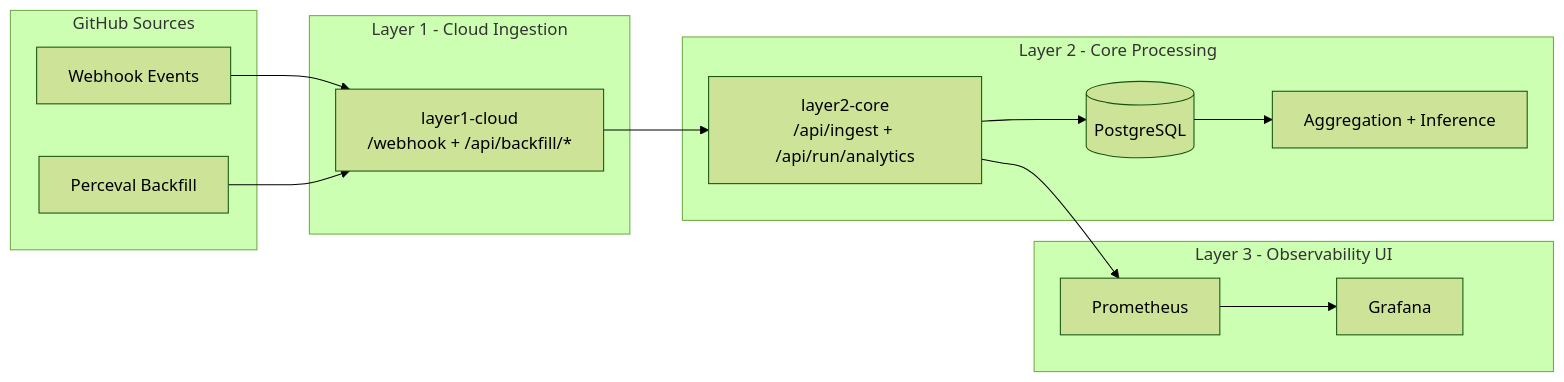
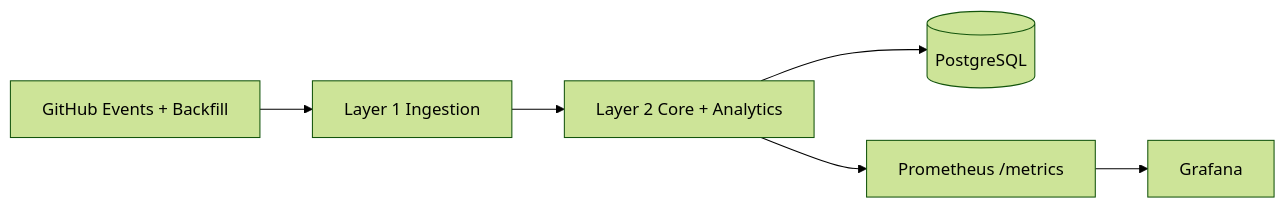
One commit to divyaraj24/OrgLens changed the diagram in README.md. Above: the diagram before and after it, drawn with Mermaid (forest theme). The commit also changed other lines of this file, not shown here.

Commit message:
docs(readme): make README concise and GitHub-friendly

````diff
--- a/README.md
+++ b/README.md
@@ -16,30 +20,8 @@
 ```mermaid
 flowchart LR
-    subgraph GH [GitHub Sources]
-        WH[Webhook Events]
-        PV[Perceval Backfill]
-    end
-
-    subgraph L1 [Layer 1 - Cloud Ingestion]
-        L1API[layer1-cloud<br/>/webhook + /api/backfill/*]
-    end
-
-    subgraph L2 [Layer 2 - Core Processing]
-        L2API[layer2-core<br/>/api/ingest + /api/run/analytics]
-        DB[(PostgreSQL)]
-        CALC[Aggregation + Inference]
-    end
-
-    subgraph L3 [Layer 3 - Observability UI]
-        PROM[Prometheus]
-        GRAF[Grafana]
-    end
-
-    WH --> L1API
-    PV --> L1API
-    L1API --> L2API
-    L2API --> DB
-    DB --> CALC
-    L2API --> PROM
-    PROM --> GRAF
+    GH[GitHub Events + Backfill] --> L1[Layer 1 Ingestion]
+    L1 --> L2[Layer 2 Core + Analytics]
+    L2 --> DB[(PostgreSQL)]
+    L2 --> PROM[Prometheus /metrics]
+    PROM --> GRAF[Grafana]
 ```
````
